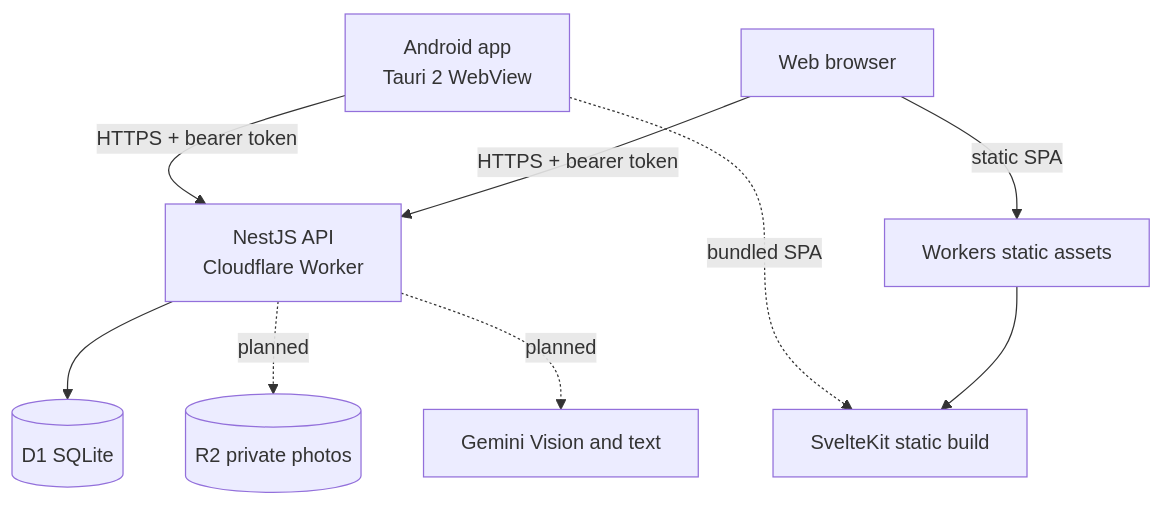
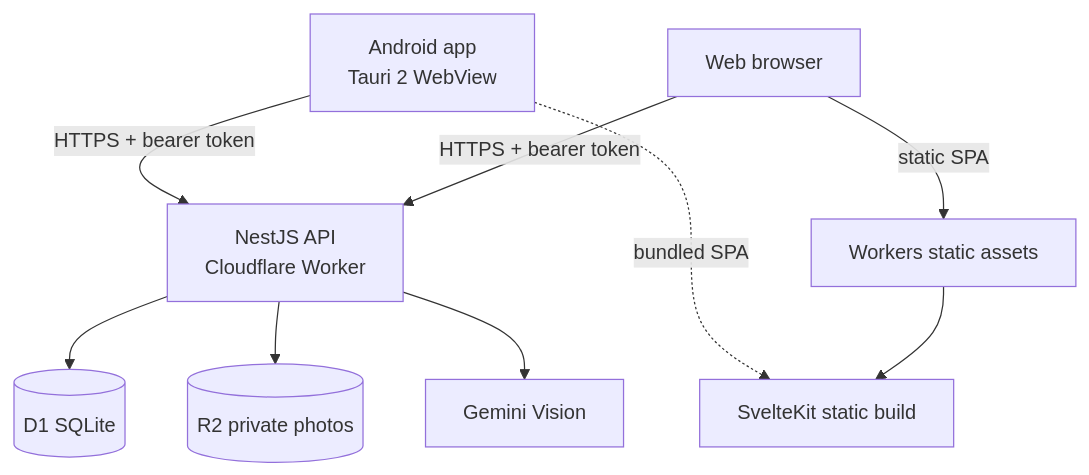
One commit to Alefrankie/gym-up changed the diagram in docs/architecture/system.md. Above: the diagram before and after it, drawn with Mermaid. The commit also changed other lines of this file and 2 other files, not shown here.

````diff
--- a/docs/architecture/system.md
+++ b/docs/architecture/system.md
@@ -9,11 +9,11 @@
 ```mermaid
 graph TD
     Phone[Android app<br/>Tauri 2 WebView] -->|HTTPS + bearer token| API
     Browser[Web browser] -->|static SPA| Web[Workers static assets]
     Browser -->|HTTPS + bearer token| API
     Phone -.bundled SPA.-> SPA[SvelteKit static build]
     Web --> SPA
     API[NestJS API<br/>Cloudflare Worker] --> D1[(D1 SQLite)]
-    API -.planned.-> R2[(R2 private photos)]
-    API -.planned.-> Gemini[Gemini Vision and text]
+    API --> R2[(R2 private photos)]
+    API --> Gemini[Gemini Vision]
 ```
````
